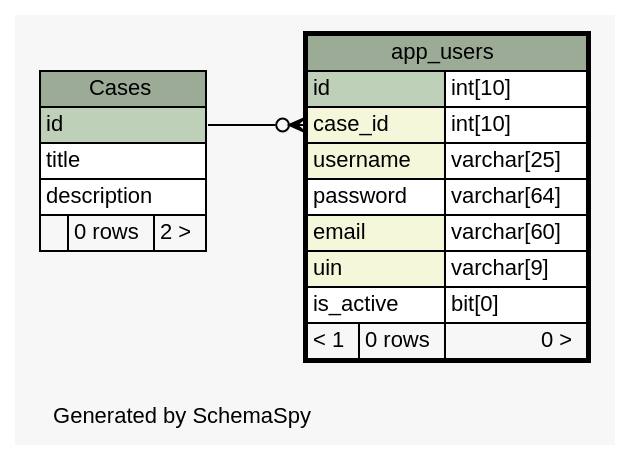
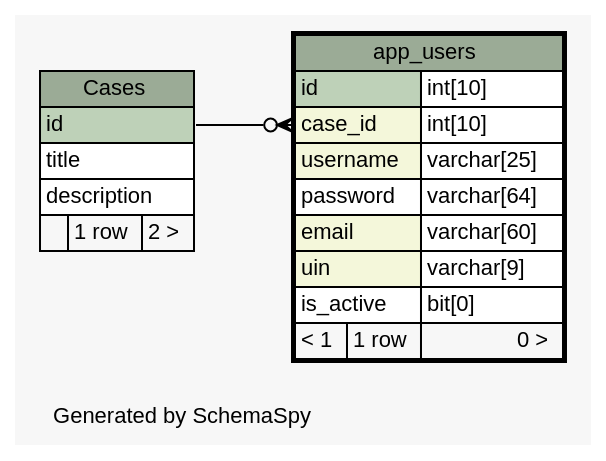
One commit to carrel2/CaseStudies changed the diagram in web/files/schema/diagrams/app_users.1degree.dot. Above: the diagram before and after it, drawn with Graphviz. The commit also changed 58 other files, not shown here.

Commit message:
Start to update controllers to use new database schema.

```diff
--- a/web/files/schema/diagrams/app_users.1degree.dot
+++ b/web/files/schema/diagrams/app_users.1degree.dot
@@ -1,51 +1,51 @@
 // dot 2.38.0 on Linux 4.4.0-62-generic
 // SchemaSpy rev 590
 digraph "oneDegreeRelationshipsDiagram" {
   graph [
     rankdir="RL"
     bgcolor="#f7f7f7"
     label="\nGenerated by SchemaSpy"
     labeljust="l"
     nodesep="0.18"
     ranksep="0.46"
     fontname="Helvetica"
     fontsize="11"
   ];
   node [
     fontname="Helvetica"
     fontsize="11"
     shape="plaintext"
   ];
   edge [
     arrowsize="0.8"
   ];
   "app_users":"case_id":w -> "Cases":"id":e [arrowhead=none dir=back arrowtail=crowodot];
   "app_users" [
     label=<
     <TABLE BORDER="2" CELLBORDER="1" CELLSPACING="0" BGCOLOR="#ffffff">
       <TR><TD COLSPAN="3" BGCOLOR="#9bab96" ALIGN="CENTER">app_users</TD></TR>
       <TR><TD PORT="id" COLSPAN="2" BGCOLOR="#bed1b8" ALIGN="LEFT">id</TD><TD PORT="id.type" ALIGN="LEFT">int[10]</TD></TR>
       <TR><TD PORT="case_id" COLSPAN="2" BGCOLOR="#f4f7da" ALIGN="LEFT">case_id</TD><TD PORT="case_id.type" ALIGN="LEFT">int[10]</TD></TR>
       <TR><TD PORT="username" COLSPAN="2" BGCOLOR="#f4f7da" ALIGN="LEFT">username</TD><TD PORT="username.type" ALIGN="LEFT">varchar[25]</TD></TR>
       <TR><TD PORT="password" COLSPAN="2" ALIGN="LEFT">password</TD><TD PORT="password.type" ALIGN="LEFT">varchar[64]</TD></TR>
       <TR><TD PORT="email" COLSPAN="2" BGCOLOR="#f4f7da" ALIGN="LEFT">email</TD><TD PORT="email.type" ALIGN="LEFT">varchar[60]</TD></TR>
       <TR><TD PORT="uin" COLSPAN="2" BGCOLOR="#f4f7da" ALIGN="LEFT">uin</TD><TD PORT="uin.type" ALIGN="LEFT">varchar[9]</TD></TR>
       <TR><TD PORT="is_active" COLSPAN="2" ALIGN="LEFT">is_active</TD><TD PORT="is_active.type" ALIGN="LEFT">bit[0]</TD></TR>
-      <TR><TD ALIGN="LEFT" BGCOLOR="#f7f7f7">&lt; 1</TD><TD ALIGN="RIGHT" BGCOLOR="#f7f7f7">0 rows</TD><TD ALIGN="RIGHT" BGCOLOR="#f7f7f7">0 &gt;</TD></TR>
+      <TR><TD ALIGN="LEFT" BGCOLOR="#f7f7f7">&lt; 1</TD><TD ALIGN="RIGHT" BGCOLOR="#f7f7f7">1 row</TD><TD ALIGN="RIGHT" BGCOLOR="#f7f7f7">0 &gt;</TD></TR>
     </TABLE>>
     URL="app_users.html"
     tooltip="app_users"
   ];
   "Cases" [
     label=<
     <TABLE BORDER="0" CELLBORDER="1" CELLSPACING="0" BGCOLOR="#ffffff">
       <TR><TD COLSPAN="3" BGCOLOR="#9bab96" ALIGN="CENTER">Cases</TD></TR>
       <TR><TD PORT="id" COLSPAN="3" BGCOLOR="#bed1b8" ALIGN="LEFT">id</TD></TR>
       <TR><TD PORT="title" COLSPAN="3" ALIGN="LEFT">title</TD></TR>
       <TR><TD PORT="description" COLSPAN="3" ALIGN="LEFT">description</TD></TR>
-      <TR><TD ALIGN="LEFT" BGCOLOR="#f7f7f7">  </TD><TD ALIGN="RIGHT" BGCOLOR="#f7f7f7">0 rows</TD><TD ALIGN="RIGHT" BGCOLOR="#f7f7f7">2 &gt;</TD></TR>
+      <TR><TD ALIGN="LEFT" BGCOLOR="#f7f7f7">  </TD><TD ALIGN="RIGHT" BGCOLOR="#f7f7f7">1 row</TD><TD ALIGN="RIGHT" BGCOLOR="#f7f7f7">2 &gt;</TD></TR>
     </TABLE>>
     URL="Cases.html"
     tooltip="Cases"
   ];
 }
```
